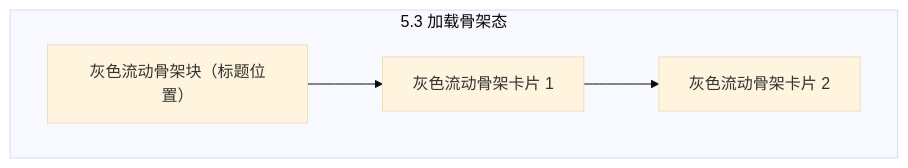
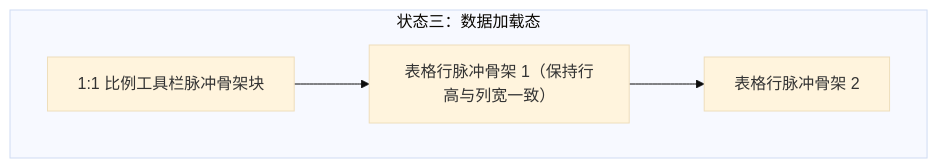
The fourth of 5 diagrams in resources/templates/product_design/prototype_template.md (zhaoxuan-inside/hs-dev-skill), drawn with Mermaid (base theme) before and after one commit. The commit also changed other lines of this file and 10 other files, not shown here.

Commit message:
feat(product-design): upgrade stage-0 product discovery, UX laws, dual-track ASCII+Mermaid prototypes, and Gherkin DoD (v2.25)

````diff
--- a/resources/templates/product_design/prototype_template.md
+++ b/resources/templates/product_design/prototype_template.md
@@ -134,9 +185,9 @@
 ```mermaid
 flowchart TB
-  subgraph Loading["5.3 加载骨架态"]
-    SkelHeader["灰色流动骨架块（标题位置）"]
-    SkelCard1["灰色流动骨架卡片 1"]
-    SkelCard2["灰色流动骨架卡片 2"]
-    SkelHeader --> SkelCard1 --> SkelCard2
+  subgraph Loading["状态三：数据加载态"]
+    SkelHeader["1:1 比例工具栏脉冲骨架块"]
+    SkelRow1["表格行脉冲骨架 1（保持行高与列宽一致）"]
+    SkelRow2["表格行脉冲骨架 2"]
+    SkelHeader --> SkelRow1 --> SkelRow2
   end
 ```
````
